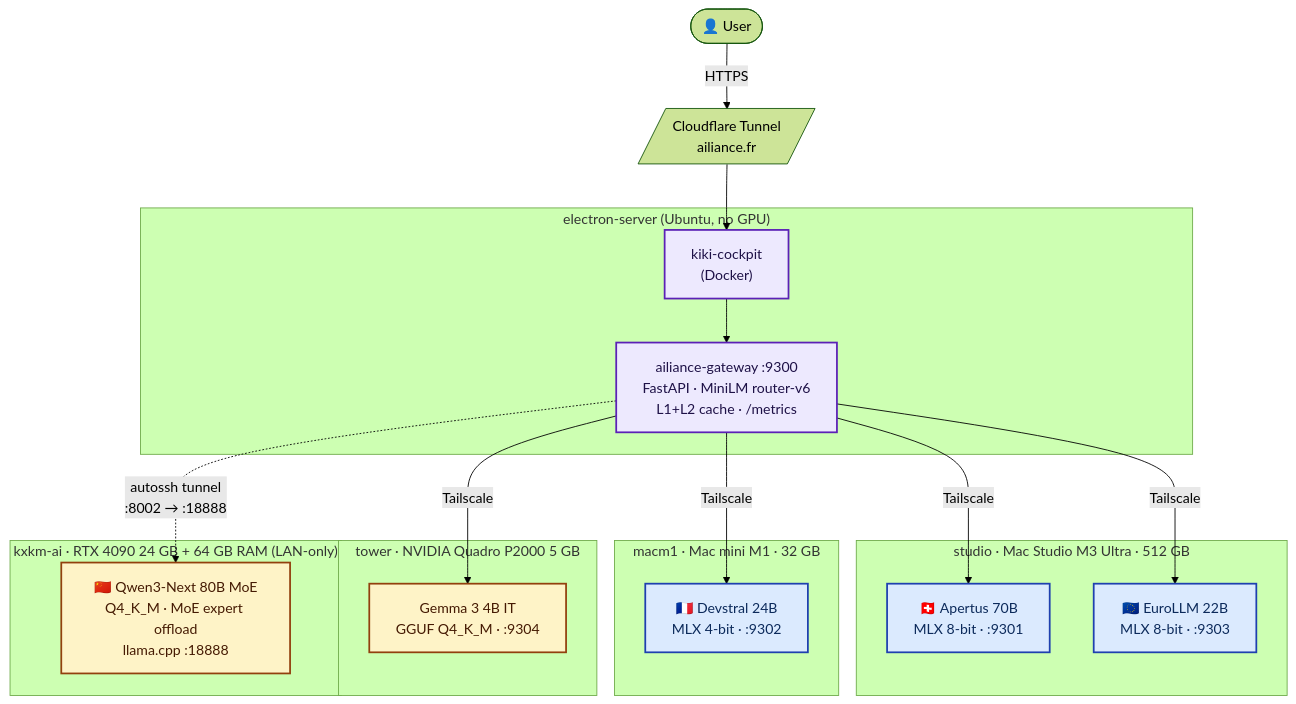
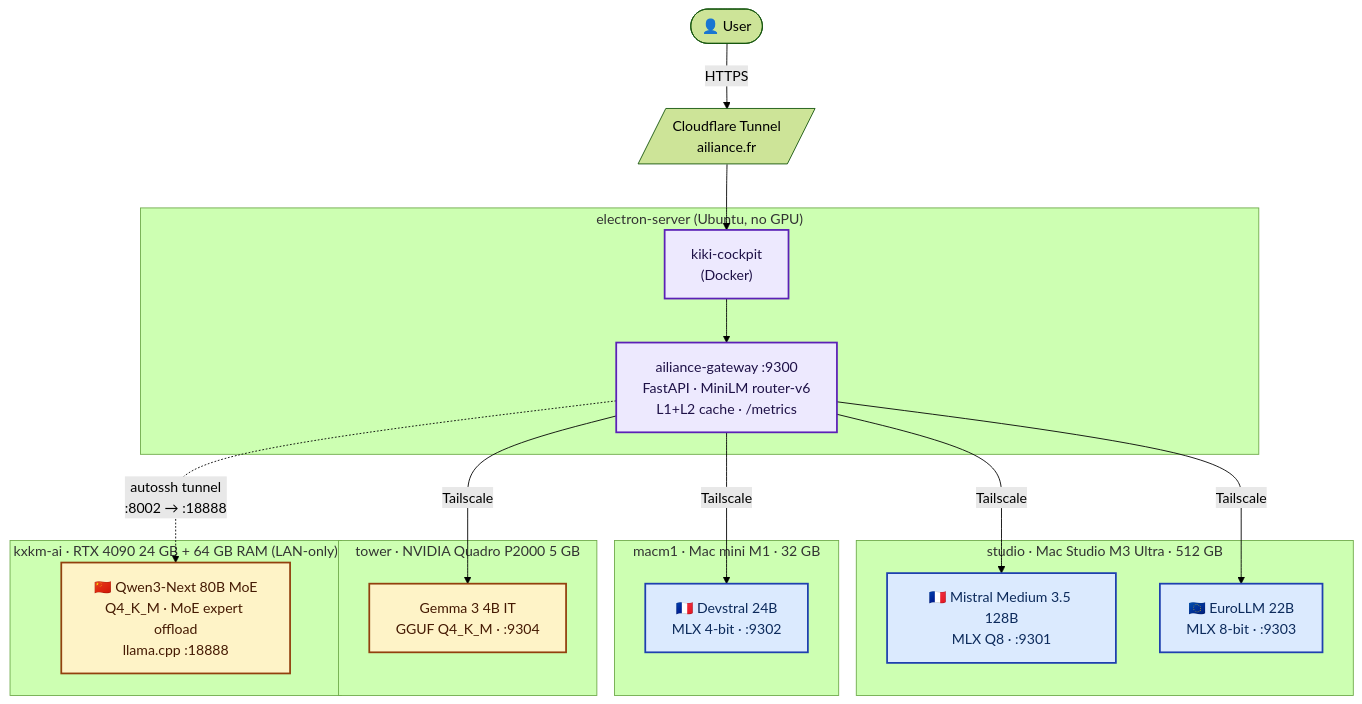
Before and after one commit to ailiance/ailiance: the first of 6 diagrams in README.md, drawn with Mermaid (forest theme). The commit also changed other lines of this file and 1 other file, not shown here.

First line of the commit message:
docs: refresh :9301 worker (Apertus -> Mistral)

````diff
--- a/README.md
+++ b/README.md
@@ -25,43 +25,43 @@
 ```mermaid
 flowchart TB
     user([👤 User])
     cf[/"Cloudflare Tunnel<br/>ailiance.fr"/]
 
     subgraph electron["electron-server (Ubuntu, no GPU)"]
         cockpit["kiki-cockpit<br/>(Docker)"]
         gateway["ailiance-gateway :9300<br/>FastAPI · MiniLM router-v6<br/>L1+L2 cache · /metrics"]
         cockpit --> gateway
     end
 
     user -->|HTTPS| cf --> cockpit
 
     subgraph studio["studio · Mac Studio M3 Ultra · 512 GB"]
-        apertus["🇨🇭 Apertus 70B<br/>MLX 8-bit · :9301"]
+        apertus["🇫🇷 Mistral Medium 3.5 128B<br/>MLX Q8 · :9301"]
         eurollm["🇪🇺 EuroLLM 22B<br/>MLX 8-bit · :9303"]
     end
 
     subgraph macm1["macm1 · Mac mini M1 · 32 GB"]
         devstral["🇫🇷 Devstral 24B<br/>MLX 4-bit · :9302"]
     end
 
     subgraph tower["tower · NVIDIA Quadro P2000 5 GB"]
         gemma["Gemma 3 4B IT<br/>GGUF Q4_K_M · :9304"]
     end
 
     subgraph kxkm["kxkm-ai · RTX 4090 24 GB + 64 GB RAM (LAN-only)"]
         qwen["🇨🇳 Qwen3-Next 80B MoE<br/>Q4_K_M · MoE expert offload<br/>llama.cpp :18888"]
     end
 
     gateway -->|Tailscale| apertus
     gateway -->|Tailscale| devstral
     gateway -->|Tailscale| eurollm
     gateway -->|Tailscale| gemma
     gateway -.->|"autossh tunnel<br/>:8002 → :18888"| qwen
 
     classDef sov fill:#dbeafe,stroke:#1e40af,stroke-width:2px,color:#0c2a5b
     classDef ext fill:#fef3c7,stroke:#92400e,stroke-width:2px,color:#451a03
     classDef gw fill:#ede9fe,stroke:#5b21b6,stroke-width:2px,color:#1e1147
     class apertus,devstral,eurollm sov
     class gemma,qwen ext
     class gateway,cockpit gw
 ```
````
